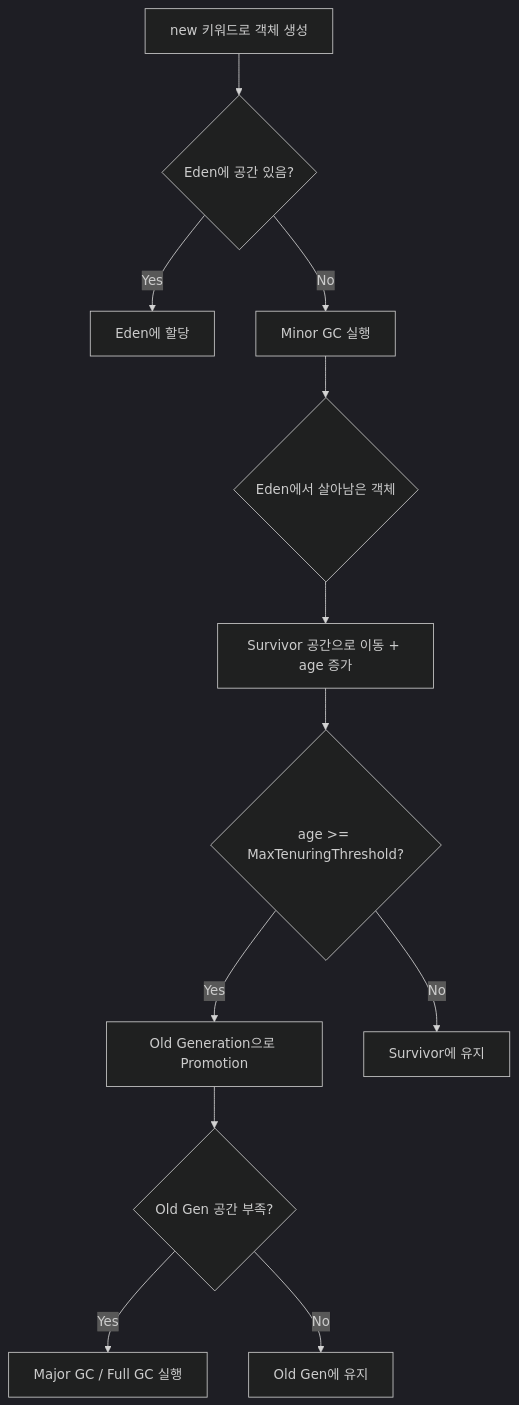
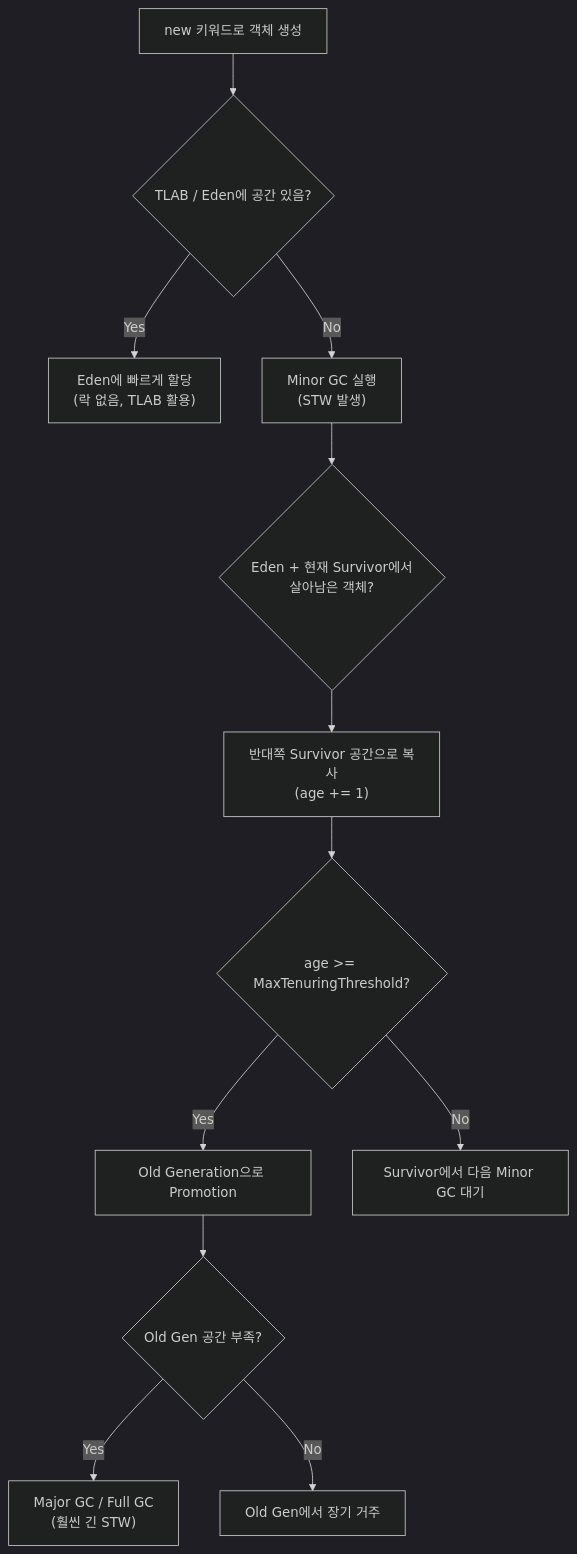
Before and after one commit to yjkim2015/yjkim2015.github.io: the fourth of 7 diagrams in _posts/java/2026-05-02-jvm-architecture.md, drawn with Mermaid (dark theme). The commit also changed other lines of this file and 92 other files, not shown here.

First line of the commit message:
Major quality rewrite: 98 files, Mermaid fix, extreme-scenario component

````diff
--- a/_posts/java/2026-05-02-jvm-architecture.md
+++ b/_posts/java/2026-05-02-jvm-architecture.md
@@ -351,14 +404,14 @@
 ```mermaid
 flowchart TD
-    A["new 키워드로 객체 생성"] --> B{"Eden에 공간 있음?"}
-    B -->|Yes| C["Eden에 할당"]
-    B -->|No| D["Minor GC 실행"]
-    D --> E{"Eden에서 살아남은 객체"}
-    E --> F["Survivor 공간으로 이동 + age 증가"]
+    A["new 키워드로 객체 생성"] --> B{"TLAB / Eden에 공간 있음?"}
+    B -->|Yes| C["Eden에 빠르게 할당\n(락 없음, TLAB 활용)"]
+    B -->|No| D["Minor GC 실행\n(STW 발생)"]
+    D --> E{"Eden + 현재 Survivor에서\n살아남은 객체?"}
+    E --> F["반대쪽 Survivor 공간으로 복사\n(age += 1)"]
     F --> G{"age >= MaxTenuringThreshold?"}
     G -->|Yes| H["Old Generation으로 Promotion"]
-    G -->|No| I["Survivor에 유지"]
+    G -->|No| I["Survivor에서 다음 Minor GC 대기"]
     H --> J{"Old Gen 공간 부족?"}
-    J -->|Yes| K["Major GC / Full GC 실행"]
-    J -->|No| L["Old Gen에 유지"]
+    J -->|Yes| K["Major GC / Full GC\n(훨씬 긴 STW)"]
+    J -->|No| L["Old Gen에서 장기 거주"]
 ```
````
